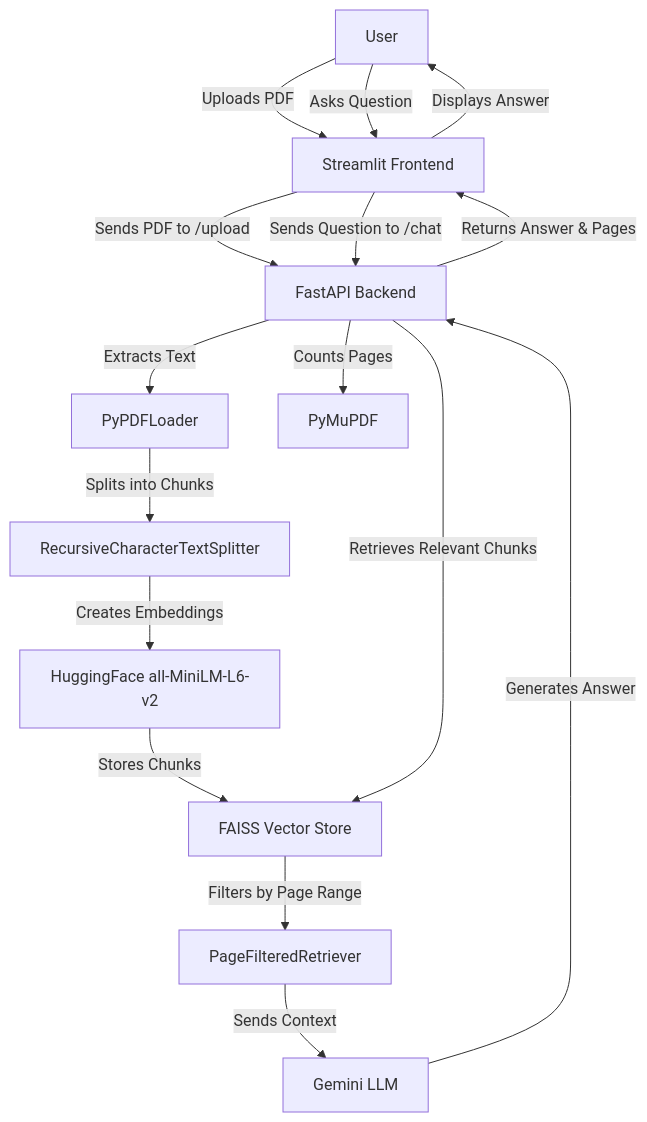
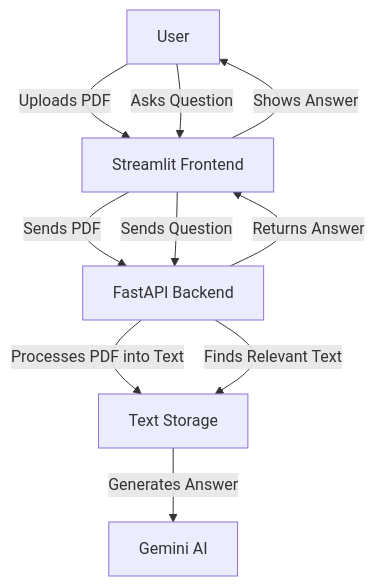
One commit to shahabzack/Knowra-rag-assistant changed the diagram in README.md. Above: the diagram before and after it, drawn with Mermaid.

Commit message:
README.md workflow  updated

````diff
--- a/README.md
+++ b/README.md
@@ -157,18 +157,12 @@
 ```mermaid
 graph TD
-    A[User] -->|Uploads PDF| B[Streamlit Frontend]
-    B -->|Sends PDF to /upload| C[FastAPI Backend]
-    C -->|Extracts Text| D[PyPDFLoader]
-    C -->|Counts Pages| E[PyMuPDF]
-    D -->|Splits into Chunks| F[RecursiveCharacterTextSplitter]
-    F -->|Creates Embeddings| G[HuggingFace all-MiniLM-L6-v2]
-    G -->|Stores Chunks| H[FAISS Vector Store]
+     A[User] -->|Uploads PDF| B[Streamlit Frontend]
+    B -->|Sends PDF| C[FastAPI Backend]
+    C -->|Processes PDF into Text| D[Text Storage]
     A -->|Asks Question| B
-    B -->|Sends Question to /chat| C
-    C -->|Retrieves Relevant Chunks| H
-    H -->|Filters by Page Range| I[PageFilteredRetriever]
-    I -->|Sends Context| J[Gemini LLM]
-    J -->|Generates Answer| C
-    C -->|Returns Answer & Pages| B
-    B -->|Displays Answer| A
+    B -->|Sends Question| C
+    C -->|Finds Relevant Text| D
+    D -->|Generates Answer| E[Gemini AI]
+    C -->|Returns Answer| B
+    B -->|Shows Answer| A
 ```
````
